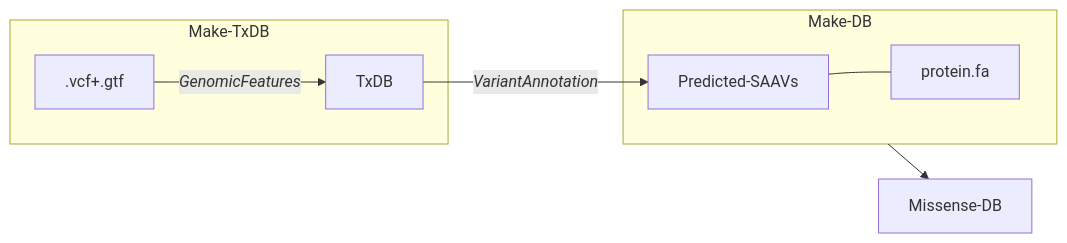
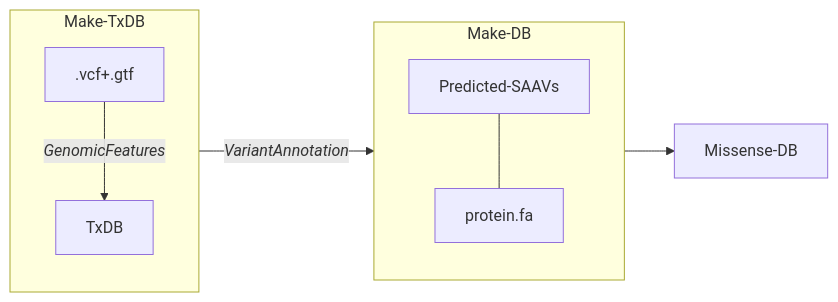
One commit to hdesai17/chemoproteogenomics changed the diagram in README.md. Above: the diagram before and after it, drawn with Mermaid.

````diff
--- a/README.md
+++ b/README.md
@@ -21,12 +21,14 @@
 ```mermaid
 
 flowchart LR;
    subgraph Make-TxDB
+   direction TB
    .vcf+.gtf-->|<i>GenomicFeatures<i>|TxDB
    end
    TxDB-->|<i>VariantAnnotation<i>|Predicted-SAAVs
    subgraph Make-DB
+   direction TB
    Predicted-SAAVs---protein.fa
    end
    Make-DB-->Missense-DB;
 ```
````
